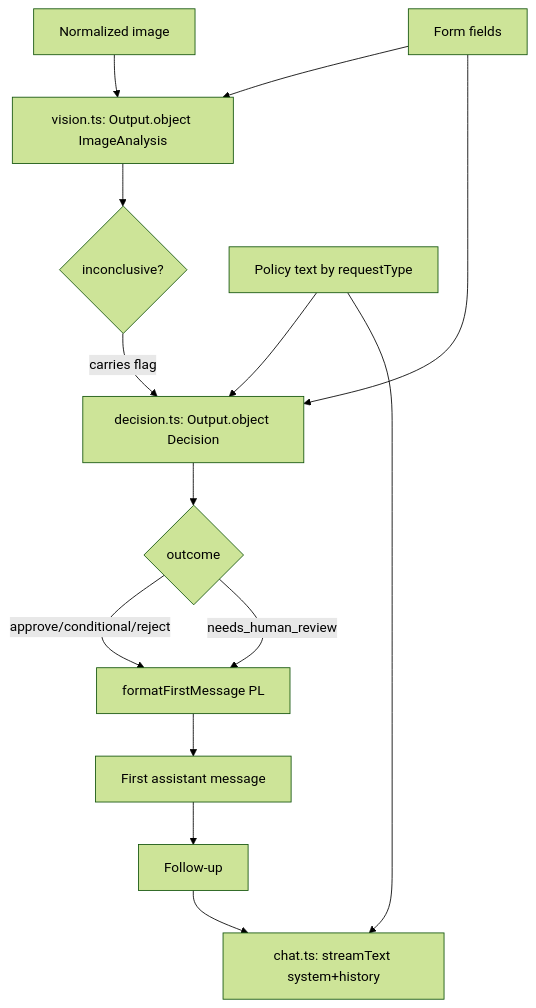
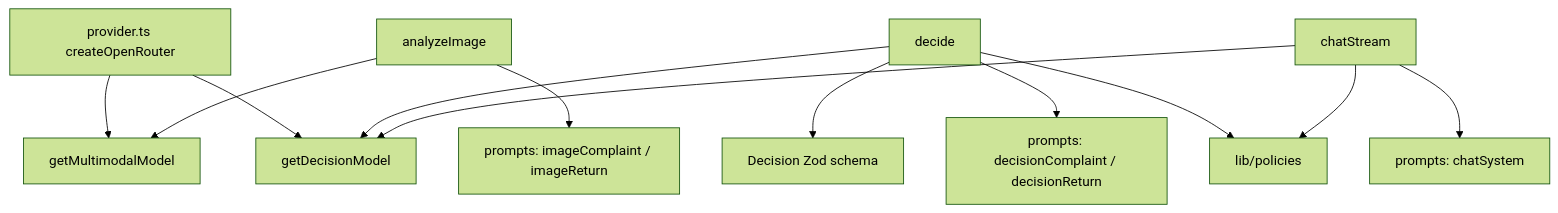
The first of 3 diagrams in docs/ADR/003-ai-agent.md (w-lowczecki/AI-Programming-Course-JSystem-15-06-2026), drawn with Mermaid (forest theme) before and after one commit. The commit also changed other lines of this file and 10 other files, not shown here.

````diff
--- a/docs/ADR/003-ai-agent.md
+++ b/docs/ADR/003-ai-agent.md
@@ -143,15 +220,14 @@
 ```mermaid
 flowchart TD
-    IMG[Normalized image] --> V[vision.ts: Output.object ImageAnalysis]
-    FORM[Form fields] --> V
-    V --> AN{inconclusive?}
-    POL[Policy text by requestType] --> D[decision.ts: Output.object Decision]
-    FORM --> D
-    AN -->|carries flag| D
-    D --> OUT{outcome}
-    OUT -->|approve/conditional/reject| MSG[formatFirstMessage PL]
-    OUT -->|needs_human_review| MSG
-    MSG --> CHAT[First assistant message]
-    CHAT --> FU[Follow-up] --> C[chat.ts: streamText system+history]
-    POL --> C
+    Prov[provider.ts createOpenRouter] --> MM[getMultimodalModel]
+    Prov --> DD[getDecisionModel]
+    Analyze[analyzeImage] --> MM
+    Analyze --> PromptsI[prompts: imageComplaint / imageReturn]
+    Decide[decide] --> DD
+    Decide --> Schema[Decision Zod schema]
+    Decide --> PromptsD[prompts: decisionComplaint / decisionReturn]
+    Decide --> Pol[lib/policies]
+    ChatS[chatStream] --> DD
+    ChatS --> PromptsC[prompts: chatSystem]
+    ChatS --> Pol
 ```
````
